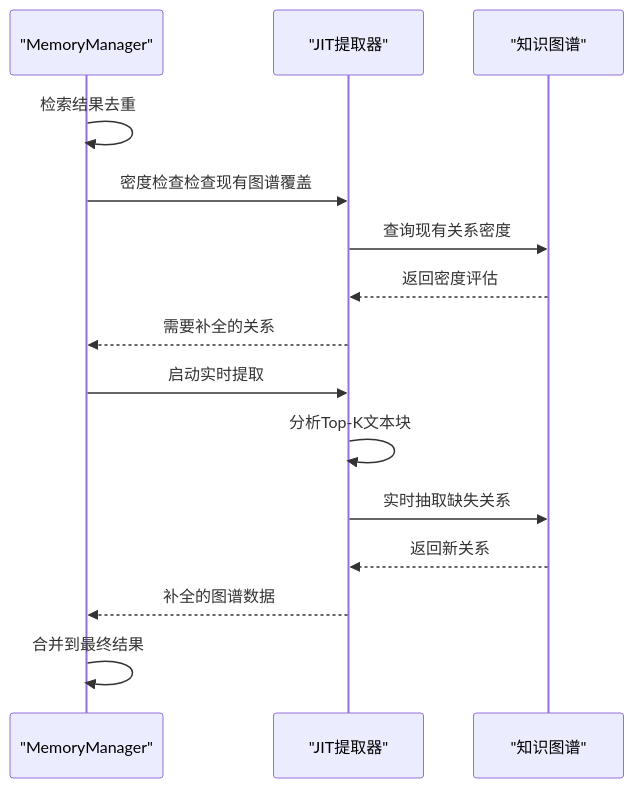
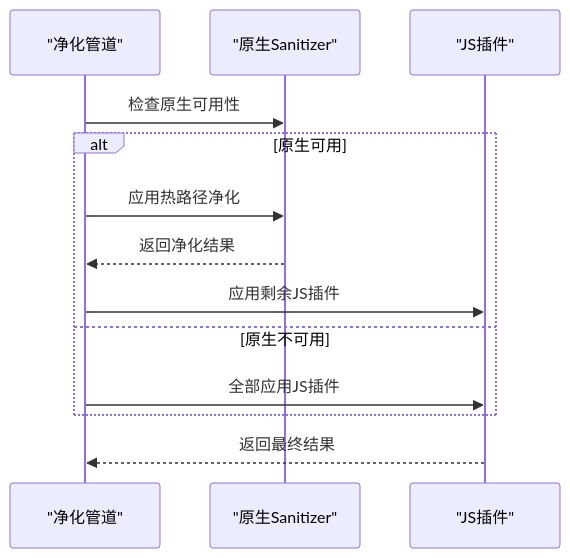
The tenth of 21 diagrams in .qoder/repowiki/zh/content/聊天系统详解/聊天系统详解.md (NarcisWL/Nexara), drawn with Mermaid before and after one commit. The commit also changed other lines of this file and 5 other files, not shown here.

````diff
--- a/.qoder/repowiki/zh/content/聊天系统详解/聊天系统详解.md
+++ b/.qoder/repowiki/zh/content/聊天系统详解/聊天系统详解.md
@@ -421,17 +449,15 @@
 ```mermaid
 sequenceDiagram
-participant MM as "MemoryManager"
-participant JIT as "JIT提取器"
-participant KG as "知识图谱"
-MM->>MM : 检索结果去重
-MM->>JIT : 密度检查检查现有图谱覆盖
-JIT->>KG : 查询现有关系密度
-KG-->>JIT : 返回密度评估
-JIT-->>MM : 需要补全的关系
-MM->>JIT : 启动实时提取
-JIT->>JIT : 分析Top-K文本块
-JIT->>KG : 实时抽取缺失关系
-KG-->>JIT : 返回新关系
-JIT-->>MM : 补全的图谱数据
-MM->>MM : 合并到最终结果
+participant Pipeline as "净化管道"
+participant Native as "原生Sanitizer"
+participant Plugins as "JS插件"
+Pipeline->>Native : 检查原生可用性
+alt 原生可用
+Pipeline->>Native : 应用热路径净化
+Native-->>Pipeline : 返回净化结果
+Pipeline->>Plugins : 应用剩余JS插件
+else 原生不可用
+Pipeline->>Plugins : 全部应用JS插件
+end
+Plugins-->>Pipeline : 返回最终结果
 ```
````
